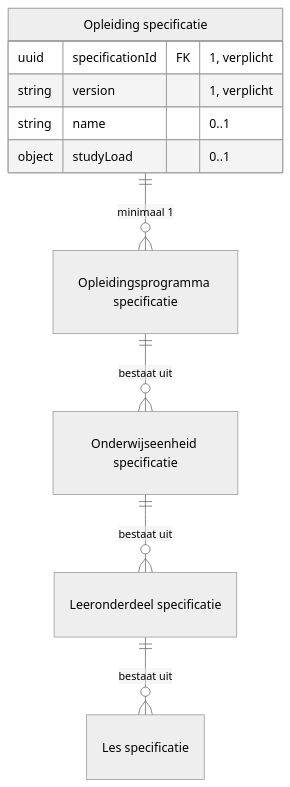
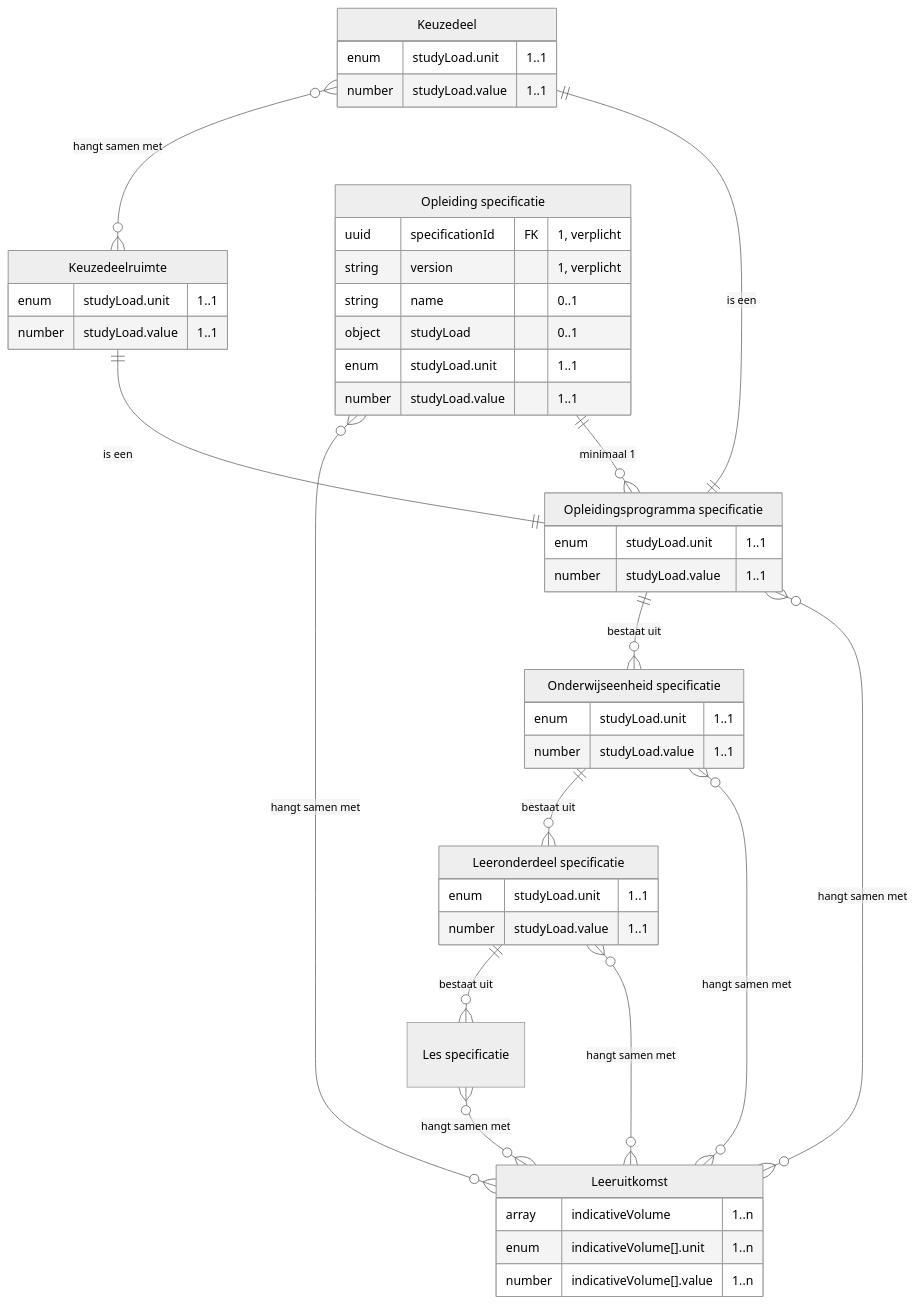
One commit to Npuls-OKx/meta changed the third of 16 diagrams in architecture/docs/specificatie/interactie-onderwijsaanbod/is-oa-01.md. Above: the diagram before and after it, drawn with Mermaid (neutral theme). The commit also changed other lines of this file and 2 other files, not shown here.

First line of the commit message:
ERD: de objecttypen komen uit de binding, niet uit de kolom Objecttype

````diff
--- a/architecture/docs/specificatie/interactie-onderwijsaanbod/is-oa-01.md
+++ b/architecture/docs/specificatie/interactie-onderwijsaanbod/is-oa-01.md
@@ -158,17 +158,49 @@
 ```mermaid
 erDiagram
     "Leeronderdeel specificatie" ||--o{ "Les specificatie" : "bestaat uit"
     "Onderwijseenheid specificatie" ||--o{ "Leeronderdeel specificatie" : "bestaat uit"
     "Opleidingsprogramma specificatie" ||--o{ "Onderwijseenheid specificatie" : "bestaat uit"
+    "Keuzedeel" }o--o{ "Keuzedeelruimte" : "hangt samen met"
+    "Leeronderdeel specificatie" }o--o{ "Leeruitkomst" : "hangt samen met"
+    "Les specificatie" }o--o{ "Leeruitkomst" : "hangt samen met"
+    "Onderwijseenheid specificatie" }o--o{ "Leeruitkomst" : "hangt samen met"
+    "Opleiding specificatie" }o--o{ "Leeruitkomst" : "hangt samen met"
+    "Opleidingsprogramma specificatie" }o--o{ "Leeruitkomst" : "hangt samen met"
     "Opleiding specificatie" ||--o{ "Opleidingsprogramma specificatie" : "minimaal 1"
+    "Keuzedeel" ||--|| "Opleidingsprogramma specificatie" : "is een"
+    "Keuzedeelruimte" ||--|| "Opleidingsprogramma specificatie" : "is een"
     "Opleiding specificatie" {
         uuid specificationId FK "1, verplicht"
         string version "1, verplicht"
         string name "0..1"
         object studyLoad "0..1"
+        enum studyLoad.unit "1..1"
+        number studyLoad.value "1..1"
     }
-    "Opleidingsprogramma specificatie" { }
-    "Onderwijseenheid specificatie" { }
-    "Leeronderdeel specificatie" { }
+    "Leeruitkomst" {
+        array indicativeVolume "1..n"
+        enum indicativeVolume[].unit "1..n"
+        number indicativeVolume[].value "1..n"
+    }
+    "Opleidingsprogramma specificatie" {
+        enum studyLoad.unit "1..1"
+        number studyLoad.value "1..1"
+    }
+    "Keuzedeel" {
+        enum studyLoad.unit "1..1"
+        number studyLoad.value "1..1"
+    }
+    "Onderwijseenheid specificatie" {
+        enum studyLoad.unit "1..1"
+        number studyLoad.value "1..1"
+    }
+    "Leeronderdeel specificatie" {
+        enum studyLoad.unit "1..1"
+        number studyLoad.value "1..1"
+    }
+    "Keuzedeelruimte" {
+        enum studyLoad.unit "1..1"
+        number studyLoad.value "1..1"
+    }
     "Les specificatie" { }
 ```
````
